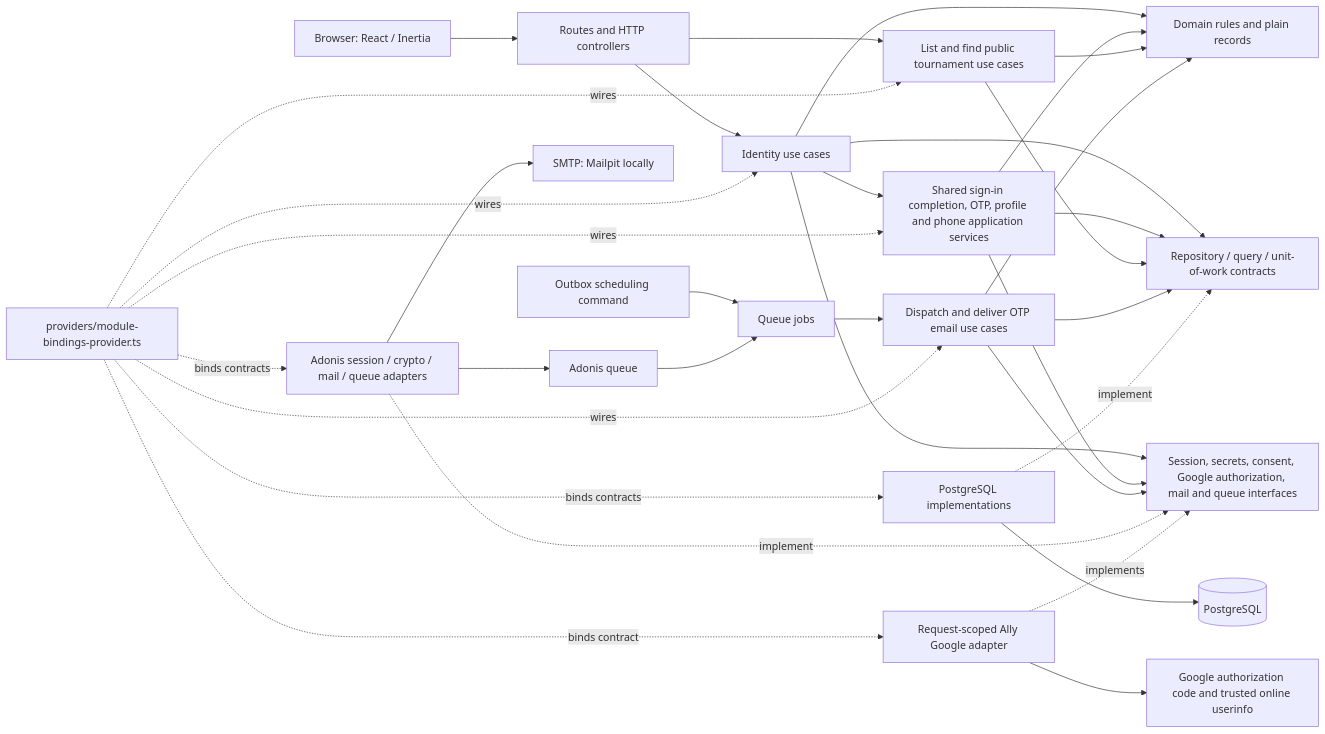
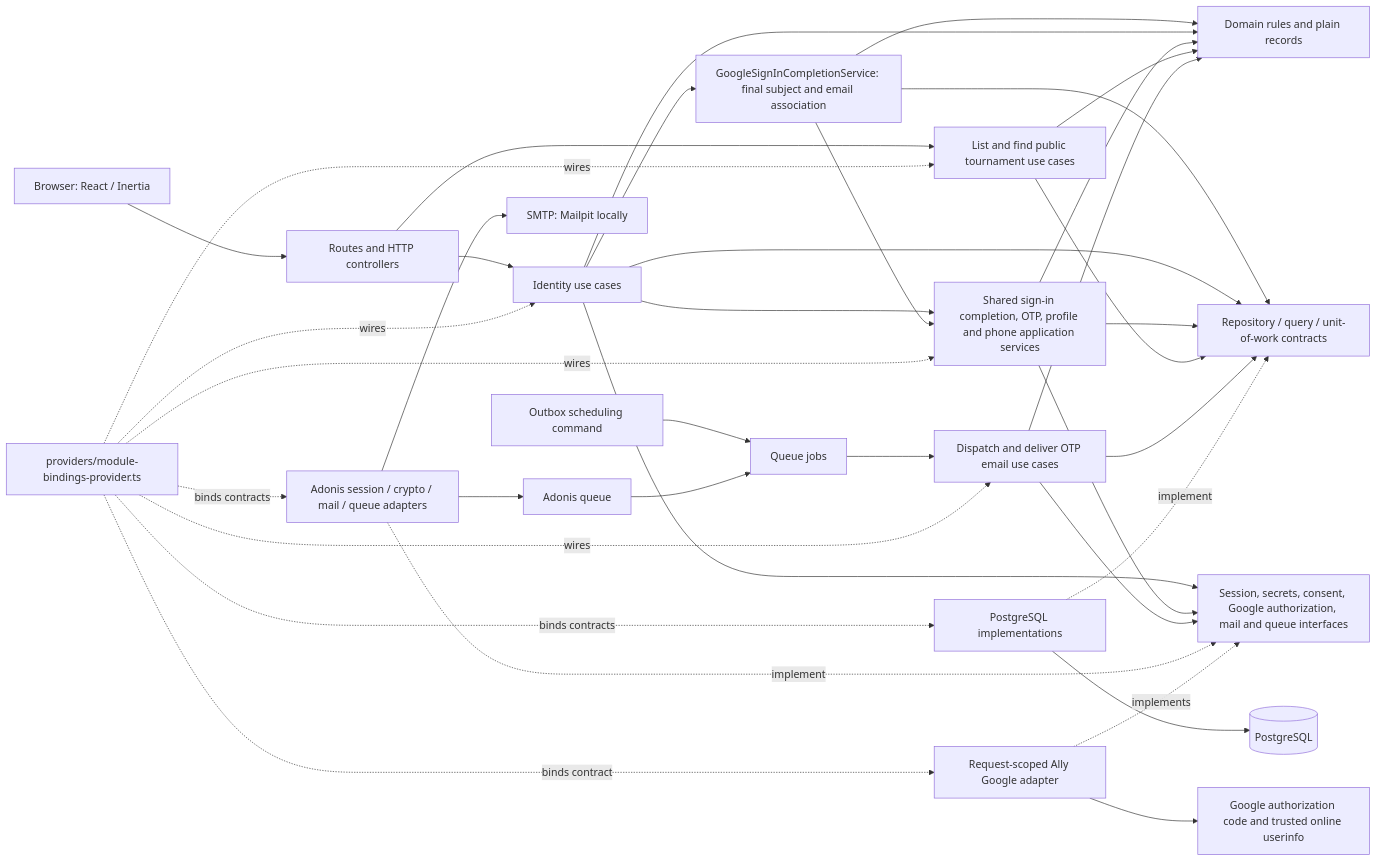
One commit to pabloquadrado/eleggante-tournament-management changed the second of 3 diagrams in docs/code-map.md. Above: the diagram before and after it, drawn with Mermaid. The commit also changed other lines of this file and 34 other files, not shown here.

First line of the commit message:
fix(identity): require bound Google email proof

````diff
--- a/docs/code-map.md
+++ b/docs/code-map.md
@@ -57,35 +57,39 @@
 ```mermaid
 flowchart LR
   browser[Browser: React / Inertia] --> http[Routes and HTTP controllers]
   schedule[Outbox scheduling command] --> jobs[Queue jobs]
   http --> identity[Identity use cases]
   http --> catalog[List and find public tournament use cases]
   jobs --> emails[Dispatch and deliver OTP email use cases]
   identity --> shared[Shared sign-in completion, OTP, profile and phone application services]
+  identity --> googleCompletion[GoogleSignInCompletionService: final subject and email association]
+  googleCompletion --> shared
+  googleCompletion --> repositories
+  googleCompletion --> domain
   identity --> domain[Domain rules and plain records]
   shared --> domain
   catalog --> domain
   emails --> domain
   identity --> repositories[Repository / query / unit-of-work contracts]
   shared --> repositories
   catalog --> repositories
   emails --> repositories
   identity --> adapters[Session, secrets, consent, Google authorization, mail and queue interfaces]
   shared --> adapters
   emails --> adapters
   pg[PostgreSQL implementations] -. implement .-> repositories
   framework[Adonis session / crypto / mail / queue adapters] -. implement .-> adapters
   ally[Request-scoped Ally Google adapter] -. implements .-> adapters
   ally --> google[Google authorization code and trusted online userinfo]
   pg --> db[(PostgreSQL)]
   framework --> smtp[SMTP: Mailpit locally]
   framework --> queue[Adonis queue]
   queue --> jobs
   composition[providers/module-bindings-provider.ts] -. wires .-> identity
   composition -. wires .-> shared
   composition -. wires .-> catalog
   composition -. wires .-> emails
   composition -. binds contracts .-> pg
   composition -. binds contracts .-> framework
   composition -. binds contract .-> ally
 ```
````
